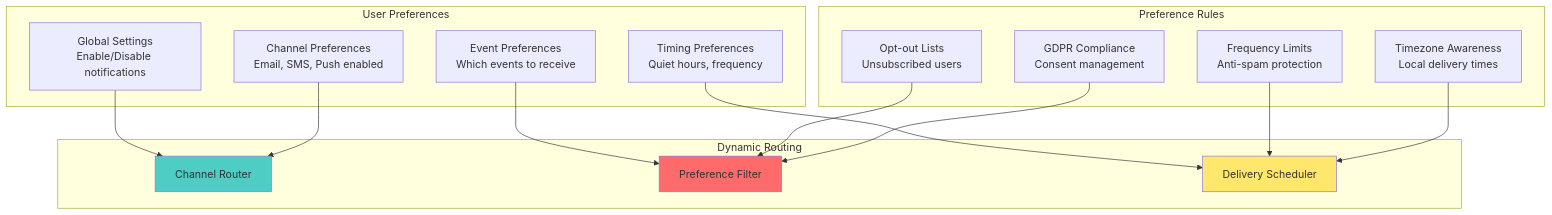
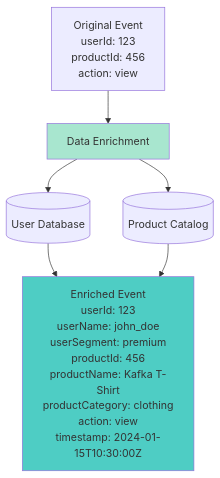
The fourth of 5 diagrams in class/workshop/lesson_11/README.md (vorrawut/KafkaStarter), drawn with Mermaid before and after one commit. The commit also changed other lines of this file and 204 other files, not shown here.

````diff
--- a/class/workshop/lesson_11/README.md
+++ b/class/workshop/lesson_11/README.md
@@ -203,36 +126,20 @@
 ```mermaid
 graph TB
-    subgraph "User Preferences"
-        GLOBAL[Global Settings<br/>Enable/Disable notifications]
-        CHANNEL[Channel Preferences<br/>Email, SMS, Push enabled]
-        EVENT[Event Preferences<br/>Which events to receive]
-        TIMING[Timing Preferences<br/>Quiet hours, frequency]
-    end
+    ORIGINAL[Original Event<br/>userId: 123<br/>productId: 456<br/>action: view]
     
-    subgraph "Preference Rules"
-        OPTOUT[Opt-out Lists<br/>Unsubscribed users]
-        GDPR[GDPR Compliance<br/>Consent management]
-        FREQUENCY[Frequency Limits<br/>Anti-spam protection]
-        TIMEZONE[Timezone Awareness<br/>Local delivery times]
-    end
+    ENRICH[Data Enrichment]
     
-    subgraph "Dynamic Routing"
-        ROUTER[Channel Router]
-        FILTER[Preference Filter]
-        SCHEDULER[Delivery Scheduler]
-    end
+    USER_DB[(User Database)]
+    PRODUCT_DB[(Product Catalog)]
     
-    GLOBAL --> ROUTER
-    CHANNEL --> ROUTER
-    EVENT --> FILTER
-    TIMING --> SCHEDULER
+    ENRICHED[Enriched Event<br/>userId: 123<br/>userName: john_doe<br/>userSegment: premium<br/>productId: 456<br/>productName: Kafka T-Shirt<br/>productCategory: clothing<br/>action: view<br/>timestamp: 2024-01-15T10:30:00Z]
     
-    OPTOUT --> FILTER
-    GDPR --> FILTER
-    FREQUENCY --> SCHEDULER
-    TIMEZONE --> SCHEDULER
+    ORIGINAL --> ENRICH
+    ENRICH --> USER_DB
+    ENRICH --> PRODUCT_DB
+    USER_DB --> ENRICHED
+    PRODUCT_DB --> ENRICHED
     
-    style ROUTER fill:#4ecdc4
-    style FILTER fill:#ff6b6b
-    style SCHEDULER fill:#ffe66d
+    style ENRICH fill:#a8e6cf
+    style ENRICHED fill:#4ecdc4
 ```
````
